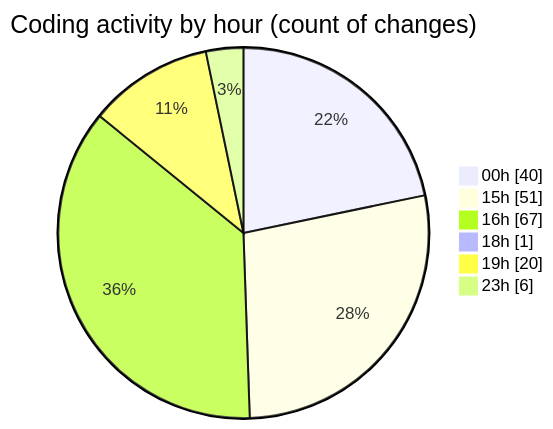
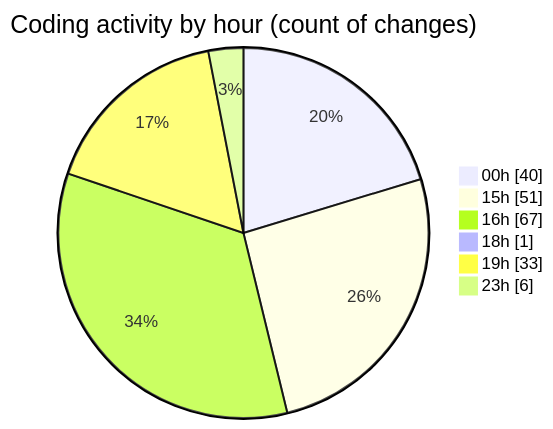
The second of 2 diagrams in 2025-05-03/date/README.md (Netris89/code-tracking), drawn with Mermaid before and after one commit. The commit also changed other lines of this file and 1 other file, not shown here.

````diff
--- a/2025-05-03/date/README.md
+++ b/2025-05-03/date/README.md
@@ -39,10 +39,10 @@
 ```mermaid
 pie showData
 title Coding activity by hour (count of changes)
 "00h" : 40
 "15h" : 51
 "16h" : 67
 "18h" : 1
-"19h" : 20
+"19h" : 33
 "23h" : 6
 ```
````
